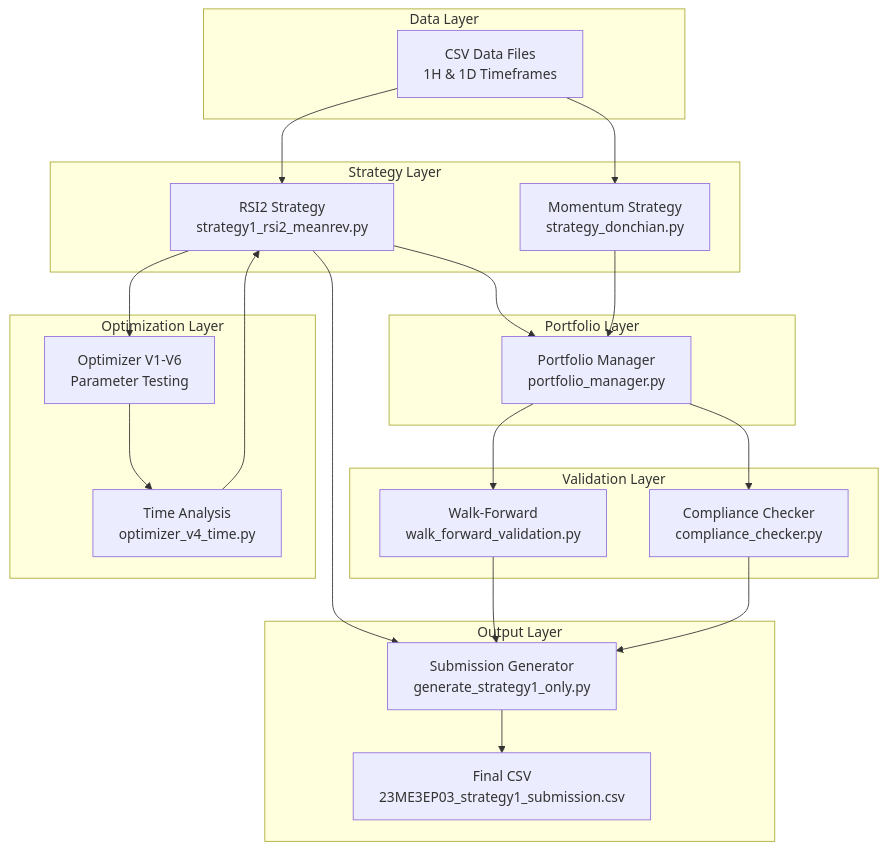
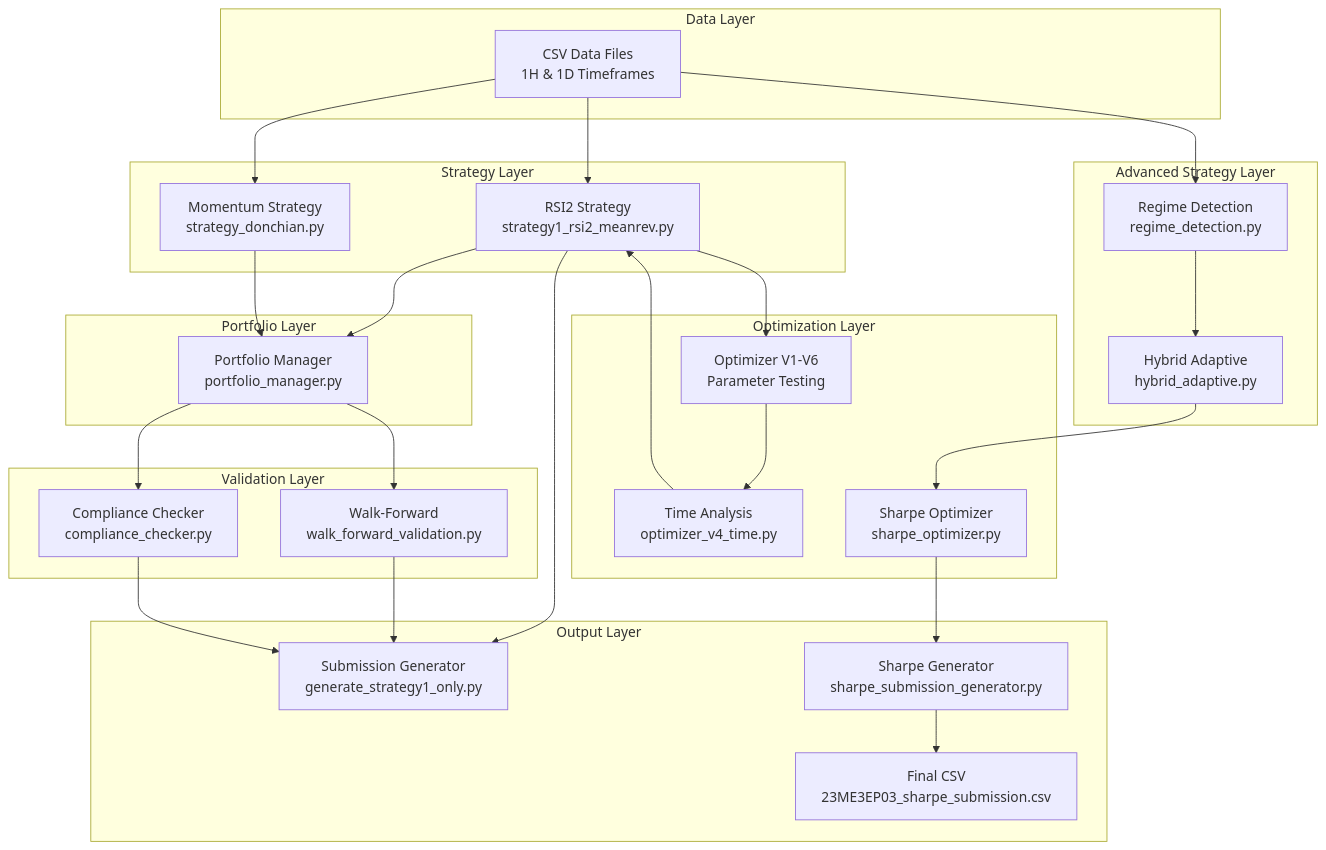
Before and after one commit to Aditya26189/regime-adaptive-quantitative-trading: the first of 2 diagrams in docs/ARCHITECTURE.md, drawn with Mermaid. The commit also changed 13 other files, not shown here.

Commit message:
feat: Introduce hybrid adaptive strategy with Sharpe optimization, regime detection, and submission generation, along with supporting documentation.

````diff
--- a/docs/ARCHITECTURE.md
+++ b/docs/ARCHITECTURE.md
@@ -7,44 +7,55 @@
 ```mermaid
 graph TB
     subgraph "Data Layer"
         CSV[CSV Data Files<br/>1H & 1D Timeframes]
     end
     
     subgraph "Strategy Layer"
         S1[RSI2 Strategy<br/>strategy1_rsi2_meanrev.py]
         S2[Momentum Strategy<br/>strategy_donchian.py]
     end
     
     subgraph "Portfolio Layer"
         PM[Portfolio Manager<br/>portfolio_manager.py]
     end
     
     subgraph "Validation Layer"
         WF[Walk-Forward<br/>walk_forward_validation.py]
         CC[Compliance Checker<br/>compliance_checker.py]
     end
     
     subgraph "Optimization Layer"
         O1[Optimizer V1-V6<br/>Parameter Testing]
         O4[Time Analysis<br/>optimizer_v4_time.py]
+        O7[Sharpe Optimizer<br/>sharpe_optimizer.py]
+    end
+
+    subgraph "Advanced Strategy Layer"
+        RD[Regime Detection<br/>regime_detection.py]
+        HA[Hybrid Adaptive<br/>hybrid_adaptive.py]
     end
     
     subgraph "Output Layer"
         GEN[Submission Generator<br/>generate_strategy1_only.py]
-        SUB[Final CSV<br/>23ME3EP03_strategy1_submission.csv]
+        SGEN[Sharpe Generator<br/>sharpe_submission_generator.py]
+        SUB[Final CSV<br/>23ME3EP03_sharpe_submission.csv]
     end
     
     CSV --> S1
     CSV --> S2
+    CSV --> RD
     S1 --> PM
     S2 --> PM
     PM --> WF
     PM --> CC
     S1 --> O1
     O1 --> O4
     O4 --> S1
     S1 --> GEN
-    GEN --> SUB
+    RD --> HA
+    HA --> O7
+    O7 --> SGEN
+    SGEN --> SUB
     WF --> GEN
     CC --> GEN
 ```
````
